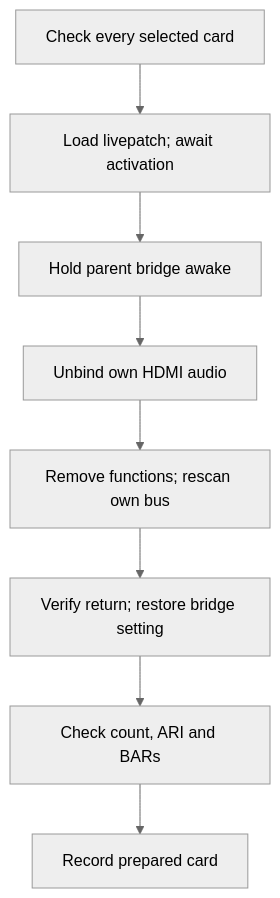
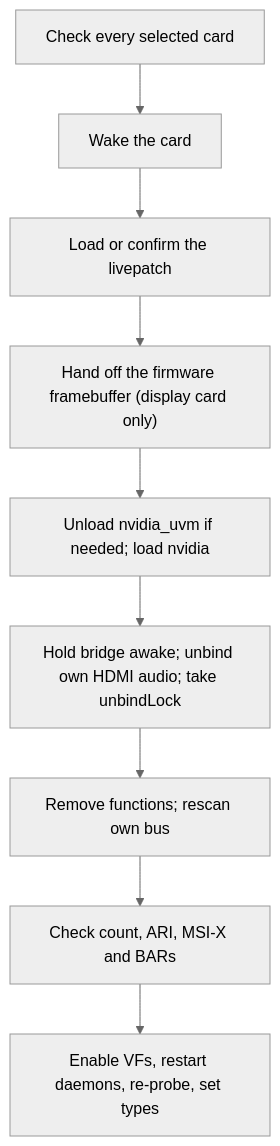
The third of 9 diagrams in docs/technical-reference.md (noon-at-cgn/geforce-sriov), drawn with Mermaid (neutral theme) before and after one commit. The commit also changed other lines of this file and 88 other files, not shown here.

````diff
--- a/docs/technical-reference.md
+++ b/docs/technical-reference.md
@@ -116,10 +161,11 @@
 ```mermaid
 flowchart TD
-    C["Check every selected card"] --> L["Load livepatch; await activation"]
-    L --> B["Hold parent bridge awake"]
-    B --> A["Unbind own HDMI audio"]
-    A --> R["Remove functions; rescan own bus"]
-    R --> W["Verify return; restore bridge setting"]
-    W --> V["Check count, ARI and BARs"]
-    V --> P["Record prepared card"]
+    C["Check every selected card"] --> W["Wake the card"]
+    W --> L["Load or confirm the livepatch"]
+    L --> F["Hand off the firmware framebuffer (display card only)"]
+    F --> M["Unload nvidia_uvm if needed; load nvidia"]
+    M --> B["Hold bridge awake; unbind own HDMI audio; take unbindLock"]
+    B --> R["Remove functions; rescan own bus"]
+    R --> K["Check count, ARI, MSI-X and BARs"]
+    K --> E["Enable VFs, restart daemons, re-probe, set types"]
 ```
````
